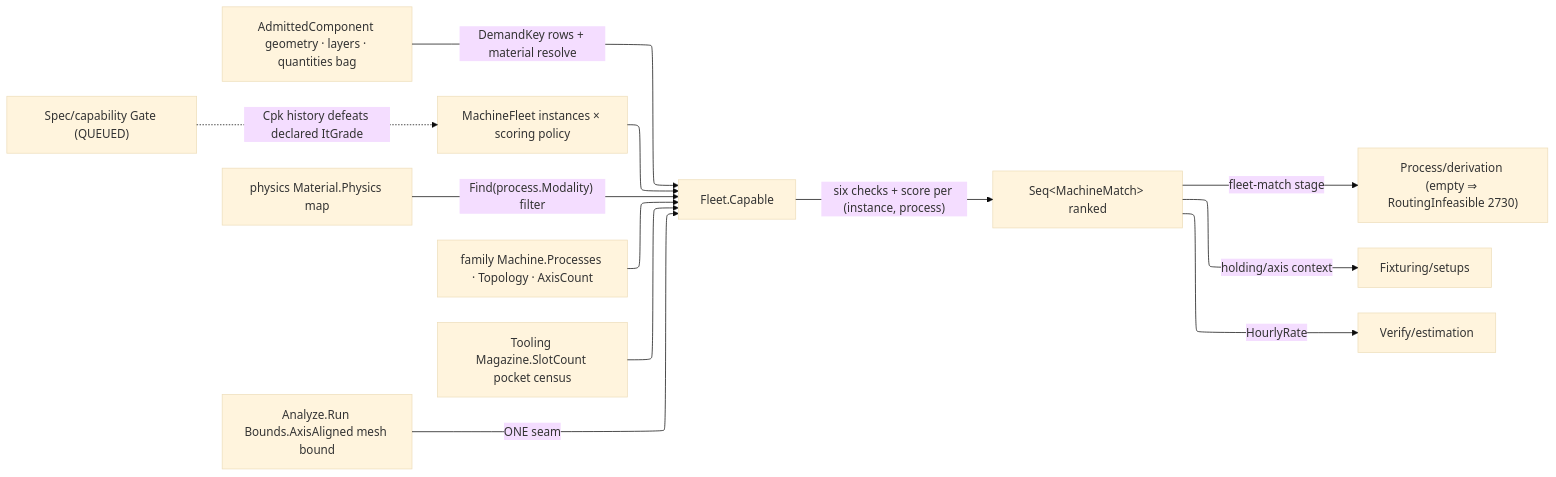
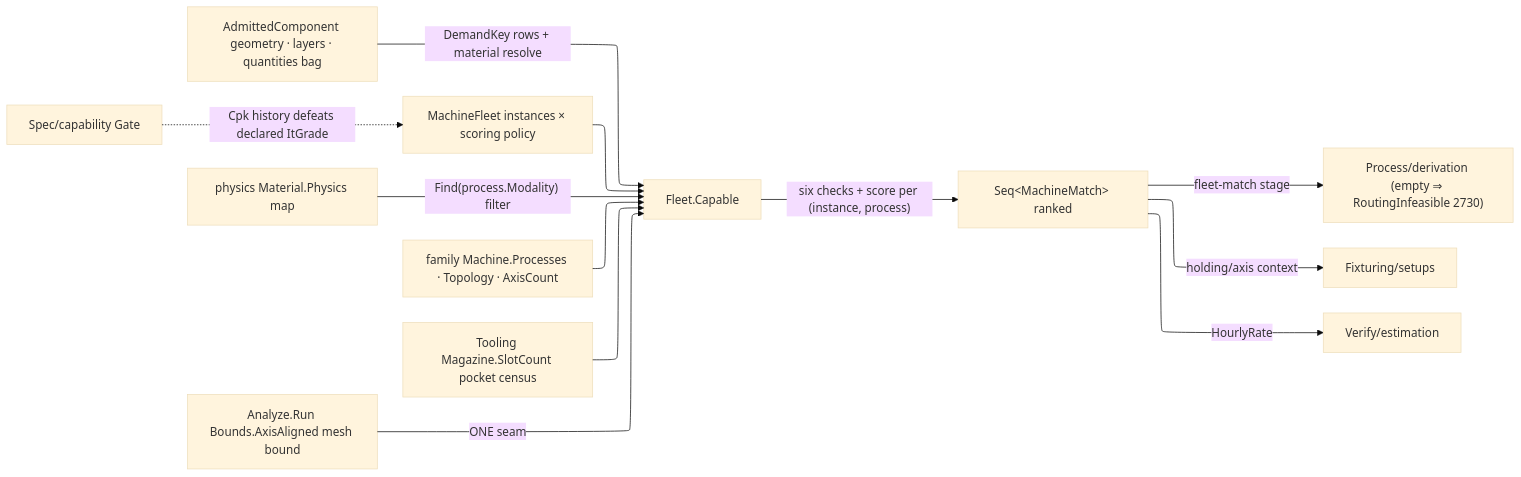
Before and after one commit to bsamiee/Rasm: the diagram in libs/csharp/Rasm.Fabrication/.planning/Kinematics/fleet.md, drawn with Mermaid. The commit also changed other lines of this file and 181 other files, not shown here.

````diff
--- a/libs/csharp/Rasm.Fabrication/.planning/Kinematics/fleet.md
+++ b/libs/csharp/Rasm.Fabrication/.planning/Kinematics/fleet.md
@@ -174,19 +174,19 @@
 ```mermaid
 ---
 config:
   layout: elk
   theme: base
 ---
 flowchart LR
     Component["AdmittedComponent geometry · layers · quantities bag"] -->|DemandKey rows + material resolve| Capable["Fleet.Capable"]
     Registry["MachineFleet instances × scoring policy"] --> Capable
     Physics["physics Material.Physics map"] -->|"Find(process.Modality) filter"| Capable
     Family["family Machine.Processes · Topology · AxisCount"] --> Capable
     Magazine["Tooling Magazine.SlotCount pocket census"] --> Capable
     Kernel["Analyze.Run Bounds.AxisAligned mesh bound"] -->|ONE seam| Capable
     Capable -->|"six checks + score per (instance, process)"| Matches["Seq&lt;MachineMatch&gt; ranked"]
     Matches -->|fleet-match stage| Derivation["Process/derivation (empty ⇒ RoutingInfeasible 2730)"]
     Matches -->|holding/axis context| Setups["Fixturing/setups"]
     Matches -->|HourlyRate| Estimation["Verify/estimation"]
-    Capability["Spec/capability Gate (QUEUED)"] -.->|Cpk history defeats declared ItGrade| Registry
+    Capability["Spec/capability Gate"] -.->|Cpk history defeats declared ItGrade| Registry
 ```
````
